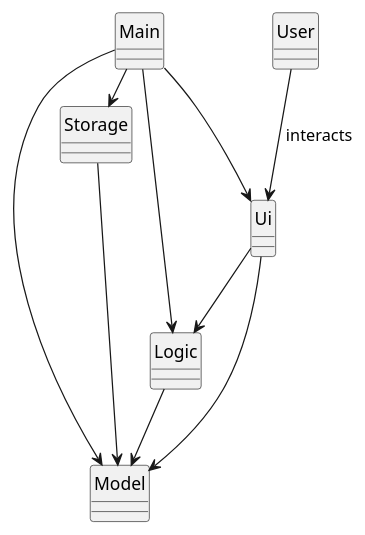
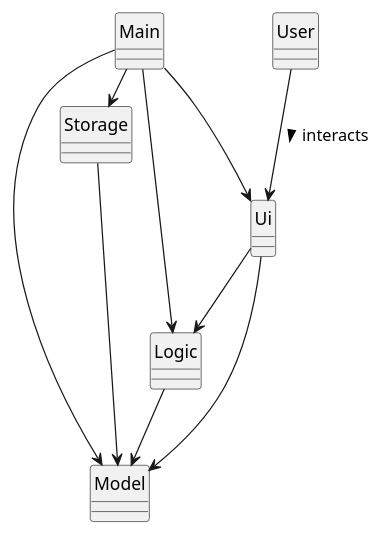
Before and after one commit to je-nnyt/tp: the diagram in docs/uml/architecture.puml, drawn with PlantUML. The commit also changed 1 other file, not shown here.

Commit message:
Fix architecture's label without arrow

```diff
--- a/docs/uml/architecture.puml
+++ b/docs/uml/architecture.puml
@@ -1,31 +1,31 @@
 @startuml
 
 hide circle
 skinparam classAttributeIconSize 0
 
 class User
 
 class Model
 
 class Storage
 
 class Ui
 
 class Logic
 
 class Main
 
-User --> Ui : interacts
+User --> Ui : interacts >
 
 Ui -> Model
 Ui --> Logic
 
 Main --> Model
 Main --> Logic
 Main -> Storage
 Main --> Ui
 
 Storage -> Model
 
 Logic --> Model
 @enduml
```
